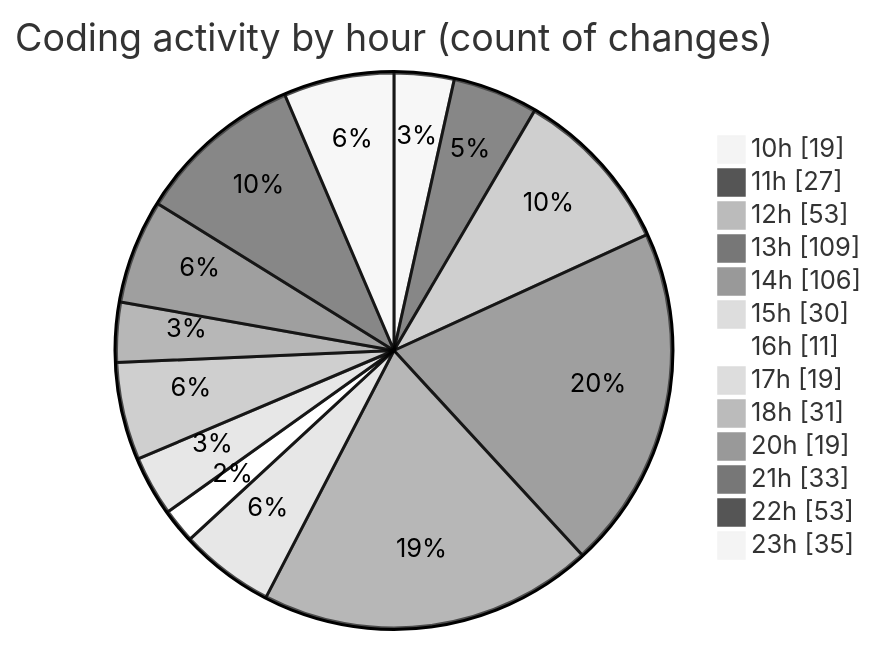
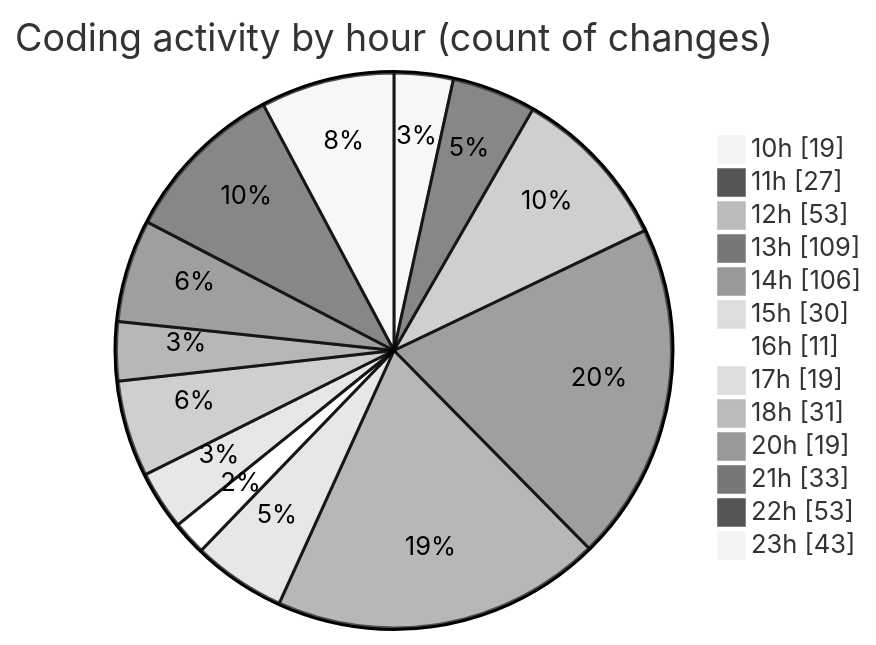
One commit to momahboobian/code-tracking changed the second of 2 diagrams in 2025-03-18/cda/README.md. Above: the diagram before and after it, drawn with Mermaid (neutral theme). The commit also changed other lines of this file and 1 other file, not shown here.

````diff
--- a/2025-03-18/cda/README.md
+++ b/2025-03-18/cda/README.md
@@ -46,17 +46,17 @@
 ```mermaid
 pie showData
 title Coding activity by hour (count of changes)
 "10h" : 19
 "11h" : 27
 "12h" : 53
 "13h" : 109
 "14h" : 106
 "15h" : 30
 "16h" : 11
 "17h" : 19
 "18h" : 31
 "20h" : 19
 "21h" : 33
 "22h" : 53
-"23h" : 35
+"23h" : 43
 ```
````
